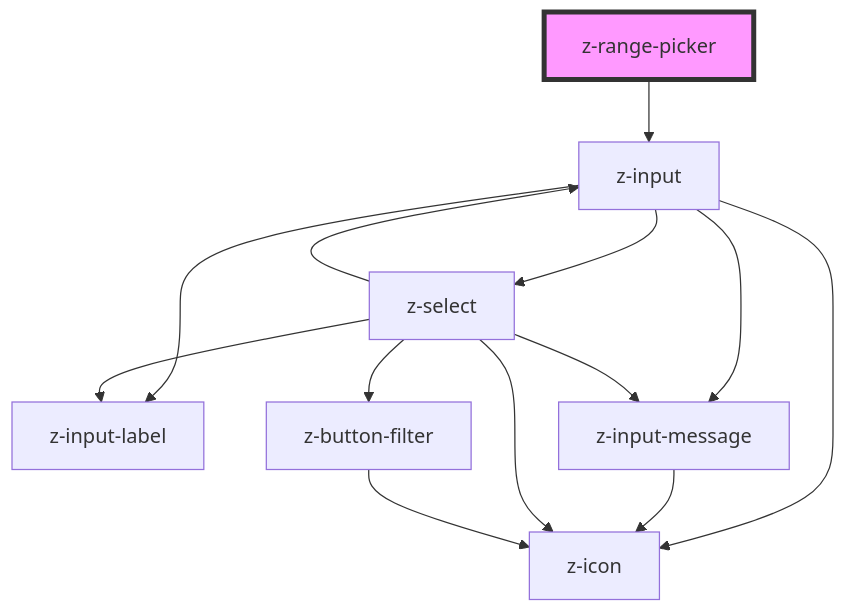
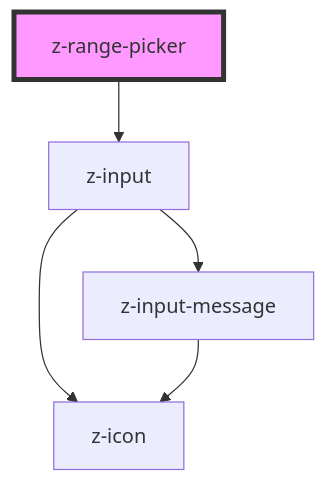
One commit to ZanichelliEditore/design-system changed the diagram in src/components/date-picker/z-range-picker/readme.md. Above: the diagram before and after it, drawn with Mermaid. The commit also changed 7 other files, not shown here.

````diff
--- a/src/components/date-picker/z-range-picker/readme.md
+++ b/src/components/date-picker/z-range-picker/readme.md
@@ -30,16 +30,8 @@
 ```mermaid
 graph TD;
   z-range-picker --> z-input
-  z-input --> z-input-label
   z-input --> z-icon
   z-input --> z-input-message
-  z-input --> z-select
   z-input-message --> z-icon
-  z-select --> z-input-label
-  z-select --> z-input
-  z-select --> z-button-filter
-  z-select --> z-icon
-  z-select --> z-input-message
-  z-button-filter --> z-icon
   style z-range-picker fill:#f9f,stroke:#333,stroke-width:4px
 ```
````
